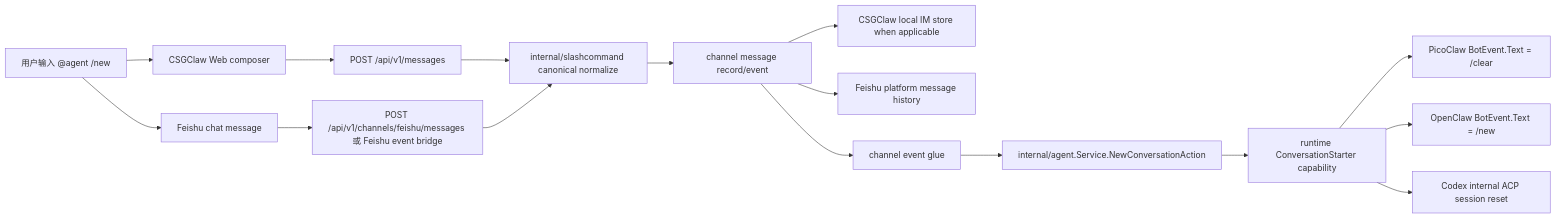
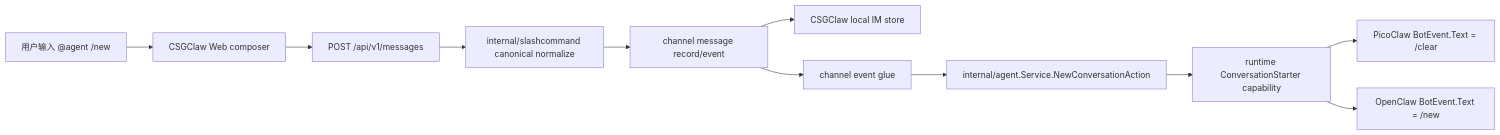
The first of 3 diagrams in docs/im/im-chat-agent-history-cleanup.zh.md (GatewayJ/csgclaw), drawn with Mermaid before and after one commit. The commit also changed other lines of this file and 8 other files, not shown here.

Commit message:
fix(im): scope agent reset to csgclaw channel

````diff
--- a/docs/im/im-chat-agent-history-cleanup.zh.md
+++ b/docs/im/im-chat-agent-history-cleanup.zh.md
@@ -150,18 +148,13 @@
 ```mermaid
 flowchart LR
   User["用户输入 @agent /new"] --> Web["CSGClaw Web composer"]
-  User --> Feishu["Feishu chat message"]
   Web --> WebAPI["POST /api/v1/messages"]
-  Feishu --> FeishuAPI["POST /api/v1/channels/feishu/messages 或 Feishu event bridge"]
   WebAPI --> Slash["internal/slashcommand canonical normalize"]
-  FeishuAPI --> Slash
   Slash --> ChannelRecord["channel message record/event"]
-  ChannelRecord --> IM["CSGClaw local IM store when applicable"]
-  ChannelRecord --> FeishuRecord["Feishu platform message history"]
+  ChannelRecord --> IM["CSGClaw local IM store"]
   ChannelRecord --> Glue["channel event glue"]
   Glue --> AgentSvc["internal/agent.Service.NewConversationAction"]
   AgentSvc --> Runtime["runtime ConversationStarter capability"]
   Runtime --> Pico["PicoClaw BotEvent.Text = /clear"]
   Runtime --> Open["OpenClaw BotEvent.Text = /new"]
-  Runtime --> Codex["Codex internal ACP session reset"]
 ```
````
